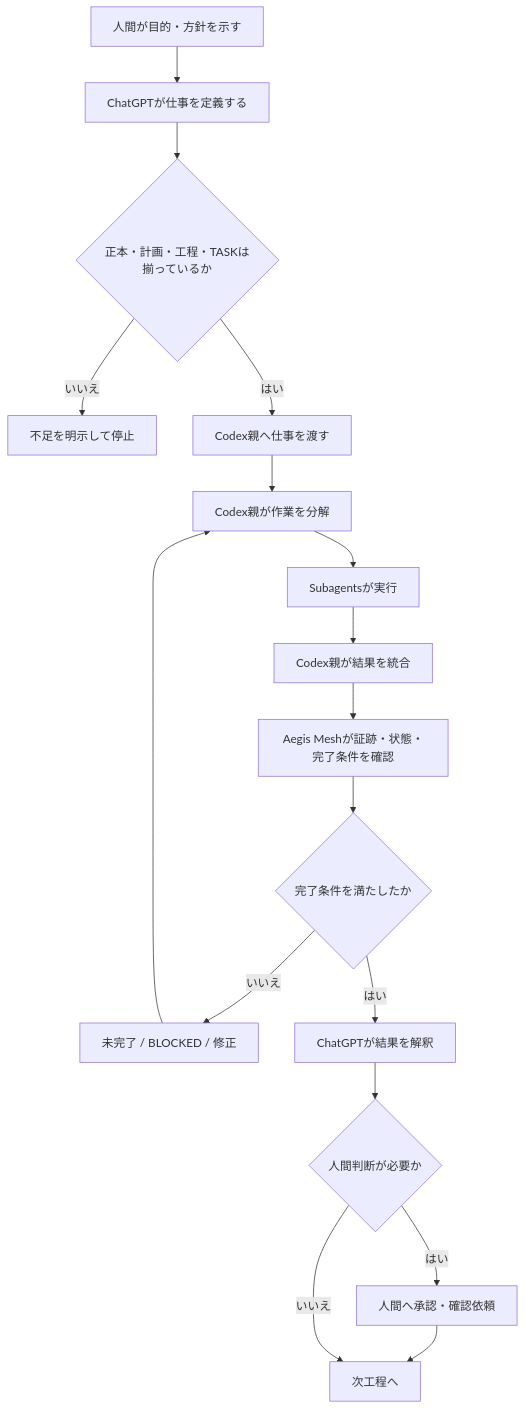
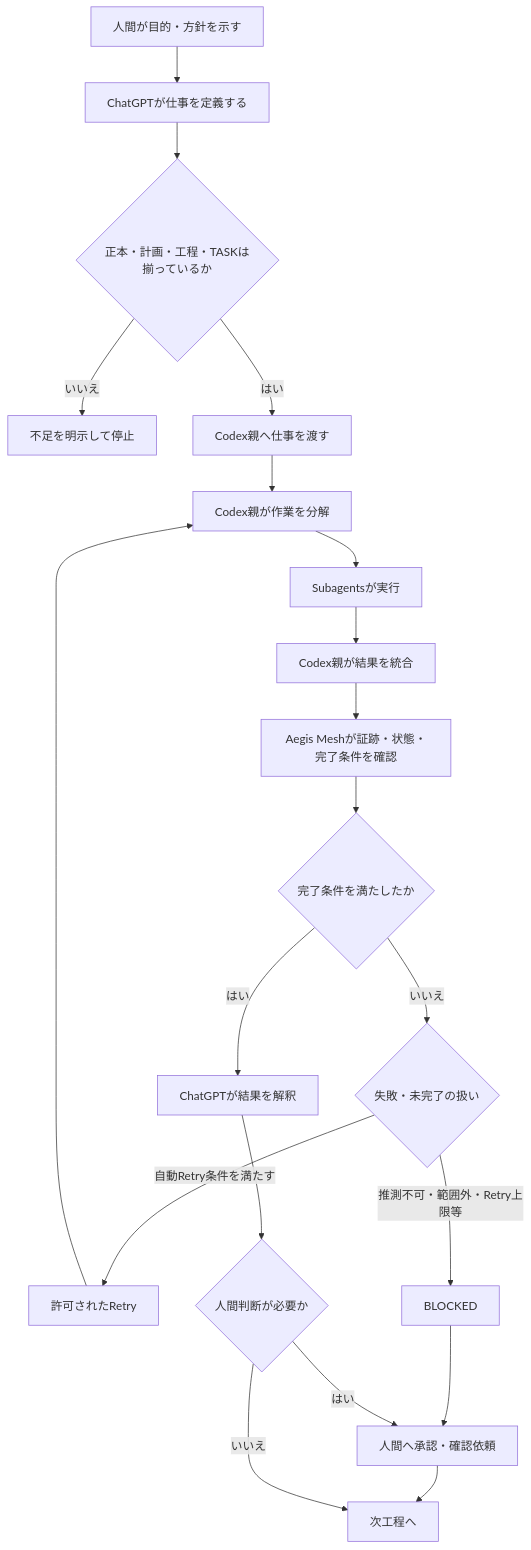
One commit to xxxinakenxxx-hash/Aegis-Mesh changed the third of 8 diagrams in docs/正本/【Aegis Mesh】企画概要書.md. Above: the diagram before and after it, drawn with Mermaid. The commit also changed other lines of this file, not shown here.

````diff
--- a/docs/正本/【Aegis Mesh】企画概要書.md
+++ b/docs/正本/【Aegis Mesh】企画概要書.md
@@ -206,35 +208,40 @@
 ```mermaid
 flowchart TD
     A[人間が目的・方針を示す]
     B[ChatGPTが仕事を定義する]
     C{正本・計画・工程・TASKは揃っているか}
     D[不足を明示して停止]
     E[Codex親へ仕事を渡す]
     F[Codex親が作業を分解]
     G[Subagentsが実行]
     H[Codex親が結果を統合]
     I[Aegis Meshが証跡・状態・完了条件を確認]
     J{完了条件を満たしたか}
-    K[未完了 / BLOCKED / 修正]
+    K{失敗・未完了の扱い}
+    R[許可されたRetry]
+    B2[BLOCKED]
     L[ChatGPTが結果を解釈]
     M{人間判断が必要か}
     N[人間へ承認・確認依頼]
     O[次工程へ]
 
     A --> B
     B --> C
     C -- いいえ --> D
     C -- はい --> E
     E --> F
     F --> G
     G --> H
     H --> I
     I --> J
     J -- いいえ --> K
-    K --> F
+    K -- 自動Retry条件を満たす --> R
+    R --> F
+    K -- 推測不可・範囲外・Retry上限等 --> B2
+    B2 --> N
     J -- はい --> L
     L --> M
     M -- はい --> N
     N --> O
     M -- いいえ --> O
 ```
````
